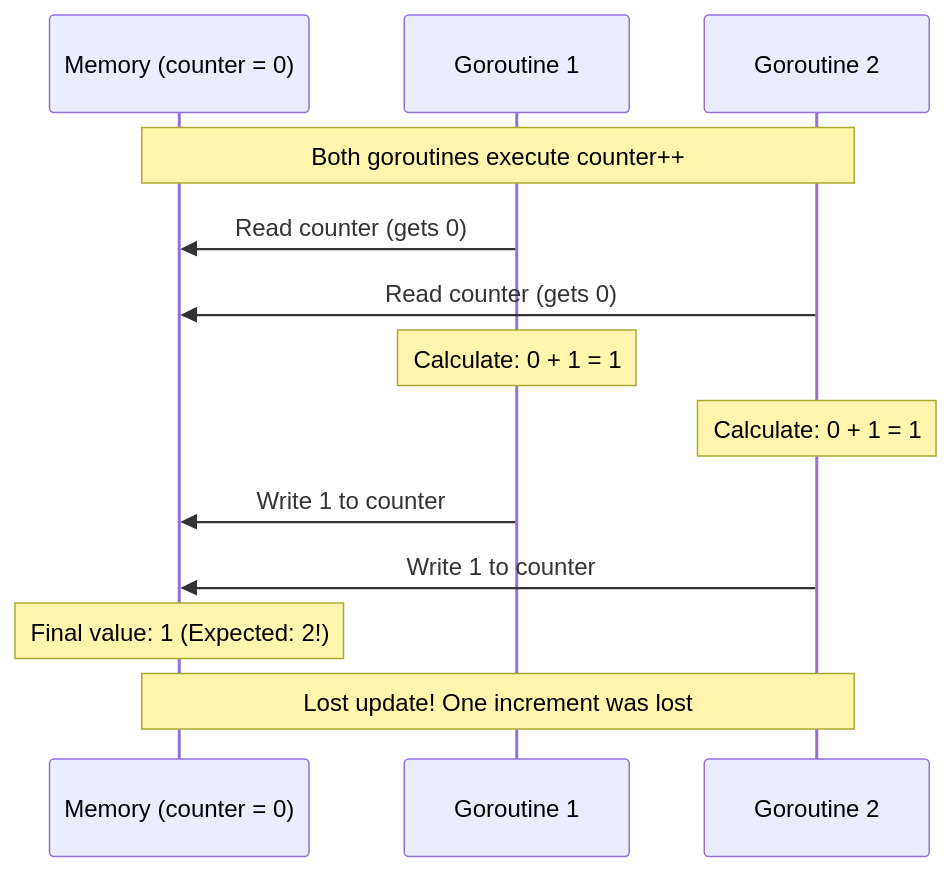
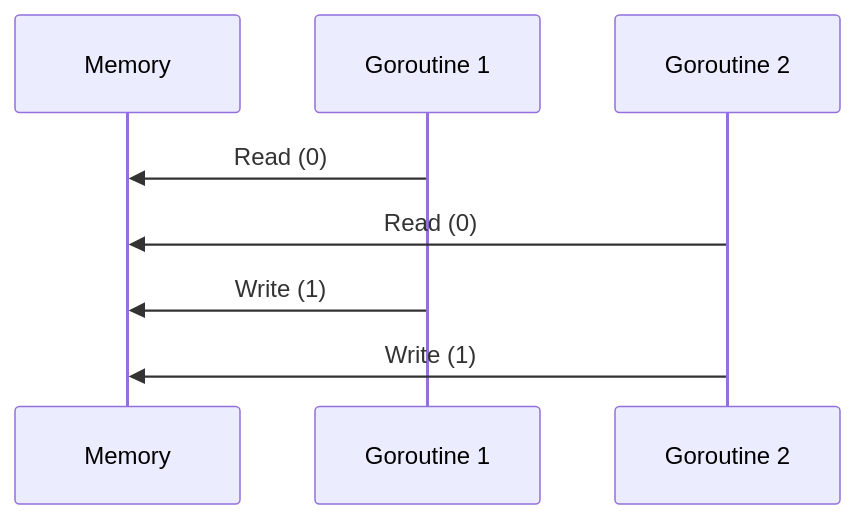
The diagram in go/17-concurrency.md (bezmoradi/tutorials), drawn with Mermaid before and after one commit. The commit also changed other lines of this file, not shown here.

````diff
--- a/go/17-concurrency.md
+++ b/go/17-concurrency.md
@@ -1051,20 +1043,11 @@
 ```mermaid
 sequenceDiagram
-    participant M as Memory (counter = 0)
+    participant M as Memory
     participant G1 as Goroutine 1
     participant G2 as Goroutine 2
 
-    Note over M,G2: Both goroutines execute counter++
-
-    G1->>M: Read counter (gets 0)
-    G2->>M: Read counter (gets 0)
-
-    Note over G1: Calculate: 0 + 1 = 1
-    Note over G2: Calculate: 0 + 1 = 1
-
-    G1->>M: Write 1 to counter
-    G2->>M: Write 1 to counter
-
-    Note over M: Final value: 1 (Expected: 2!)
-    Note over M,G2: Lost update! One increment was lost
+    G1->>M: Read (0)
+    G2->>M: Read (0)
+    G1->>M: Write (1)
+    G2->>M: Write (1)
 ```
````
